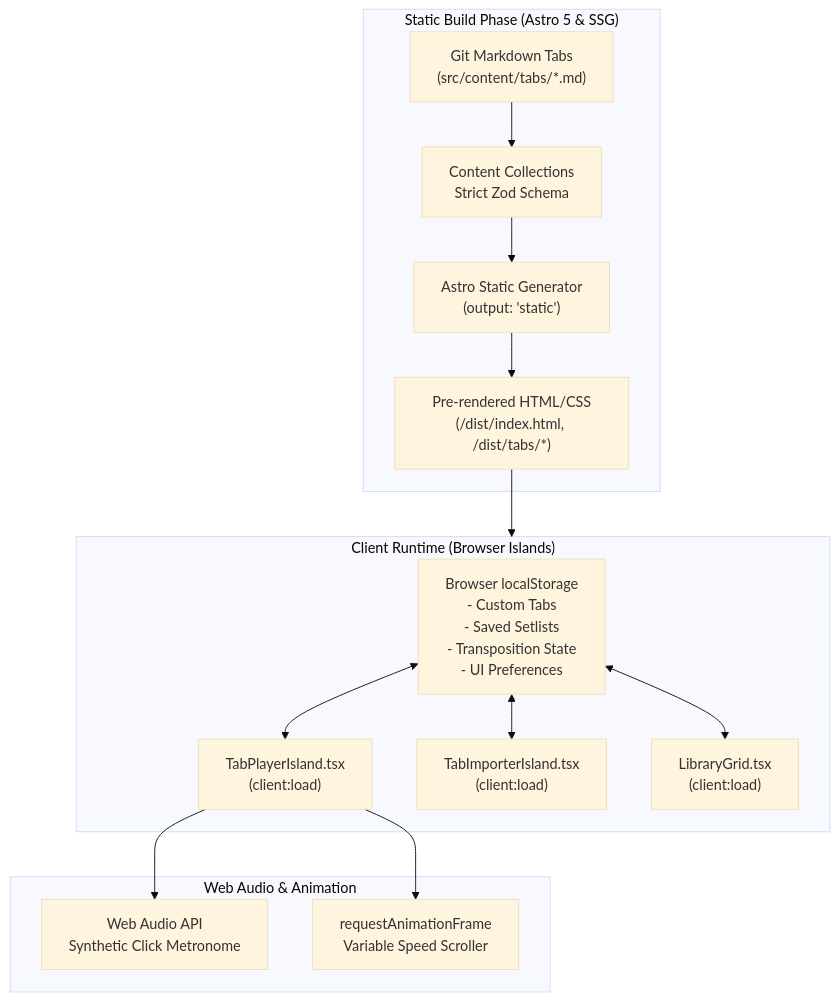
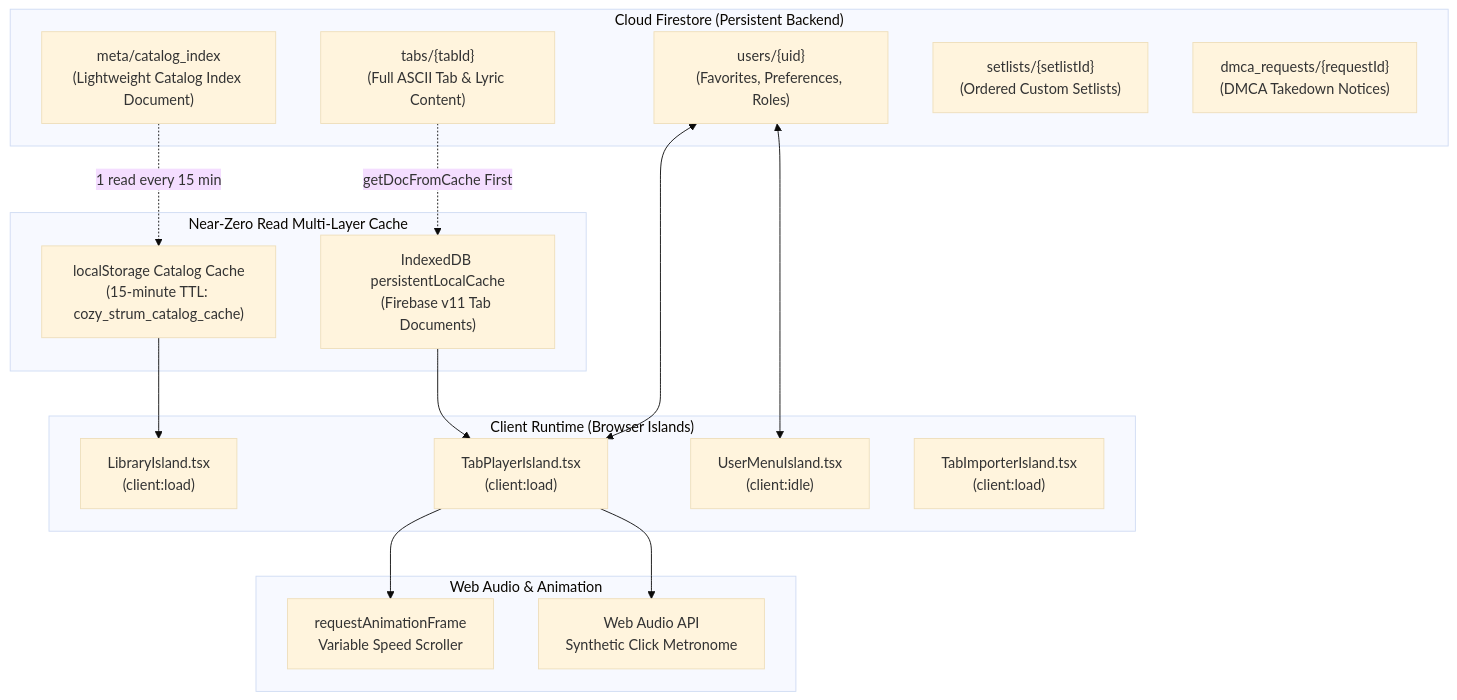
The diagram in docs/ARCHITECTURE.md (FortunateSpy5/the-cozy-strum), drawn with Mermaid (base theme) before and after one commit. The commit also changed other lines of this file and 76 other files, not shown here.

Commit message:
feat(catalog): 100% database-backed catalog, clean multi-category taxonomy, and near-zero read caching

````diff
--- a/docs/ARCHITECTURE.md
+++ b/docs/ARCHITECTURE.md
@@ -9,35 +9,36 @@
 ```mermaid
 flowchart TD
-    subgraph BuildTime ["Static Build Phase (Astro 5 & SSG)"]
-        GitFiles["Git Markdown Tabs<br/>(src/content/tabs/*.md)"]
-        ZodValidator["Content Collections<br/>Strict Zod Schema"]
-        AstroPages["Astro Static Generator<br/>(output: 'static')"]
-        PreRendered["Pre-rendered HTML/CSS<br/>(/dist/index.html, /dist/tabs/*)"]
-        
-        GitFiles --> ZodValidator
-        ZodValidator --> AstroPages
-        AstroPages --> PreRendered
+    subgraph CloudStorage ["Cloud Firestore (Persistent Backend)"]
+        CatalogIndex["meta/catalog_index<br/>(Lightweight Catalog Index Document)"]
+        TabDocs["tabs/{tabId}<br/>(Full ASCII Tab & Lyric Content)"]
+        UserProfiles["users/{uid}<br/>(Favorites, Preferences, Roles)"]
+        SetlistDocs["setlists/{setlistId}<br/>(Ordered Custom Setlists)"]
+        DmcaDocs["dmca_requests/{requestId}<br/>(DMCA Takedown Notices)"]
+    end
+
+    subgraph ClientCache ["Near-Zero Read Multi-Layer Cache"]
+        LocalTtl["localStorage Catalog Cache<br/>(15-minute TTL: cozy_strum_catalog_cache)"]
+        IndexedDb["IndexedDB persistentLocalCache<br/>(Firebase v11 Tab Documents)"]
     end
 
     subgraph ClientRuntime ["Client Runtime (Browser Islands)"]
-        LocalStorage["Browser localStorage<br/>- Custom Tabs<br/>- Saved Setlists<br/>- Transposition State<br/>- UI Preferences"]
-        
+        UserMenu["UserMenuIsland.tsx<br/>(client:idle)"]
+        LibraryIsland["LibraryIsland.tsx<br/>(client:load)"]
         PlayerIsland["TabPlayerIsland.tsx<br/>(client:load)"]
         ImporterIsland["TabImporterIsland.tsx<br/>(client:load)"]
-        LibraryIsland["LibraryGrid.tsx<br/>(client:load)"]
-        
-        LocalStorage <--> LibraryIsland
-        LocalStorage <--> PlayerIsland
-        LocalStorage <--> ImporterIsland
     end
 
     subgraph AudioEngine ["Web Audio & Animation"]
         WebAudio["Web Audio API<br/>Synthetic Click Metronome"]
         AutoScroller["requestAnimationFrame<br/>Variable Speed Scroller"]
-        
-        PlayerIsland --> WebAudio
-        PlayerIsland --> AutoScroller
     end
 
-    PreRendered --> ClientRuntime
+    CatalogIndex -.->|1 read every 15 min| LocalTtl
+    LocalTtl --> LibraryIsland
+    TabDocs -.->|getDocFromCache First| IndexedDb
+    IndexedDb --> PlayerIsland
+    UserProfiles <--> UserMenu
+    UserProfiles <--> PlayerIsland
+    PlayerIsland --> WebAudio
+    PlayerIsland --> AutoScroller
 ```
````
